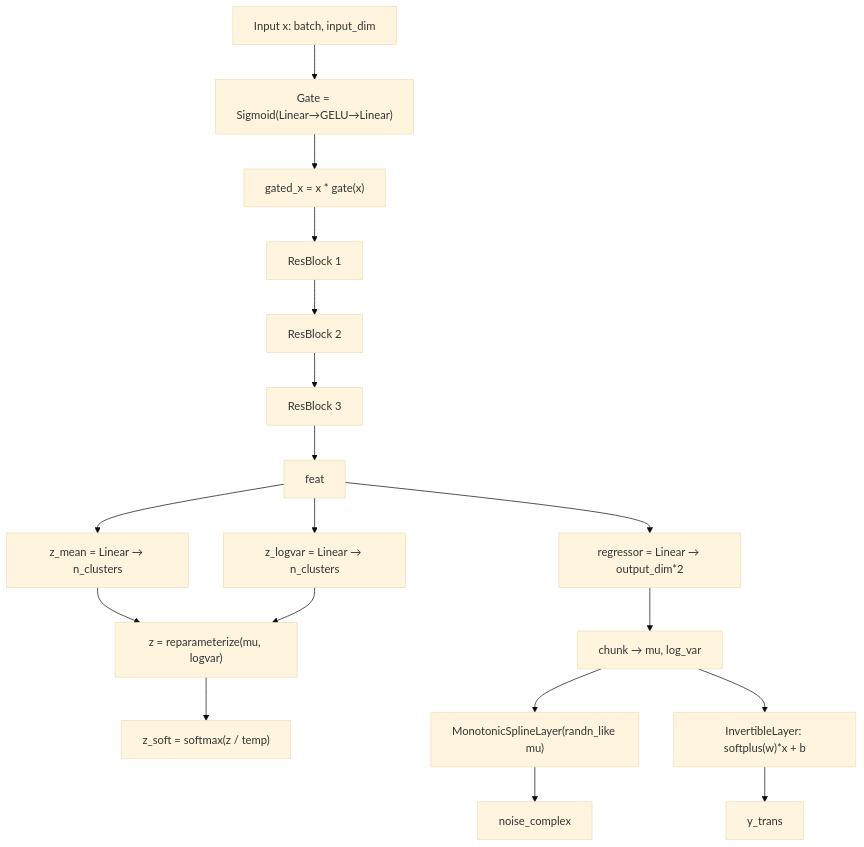
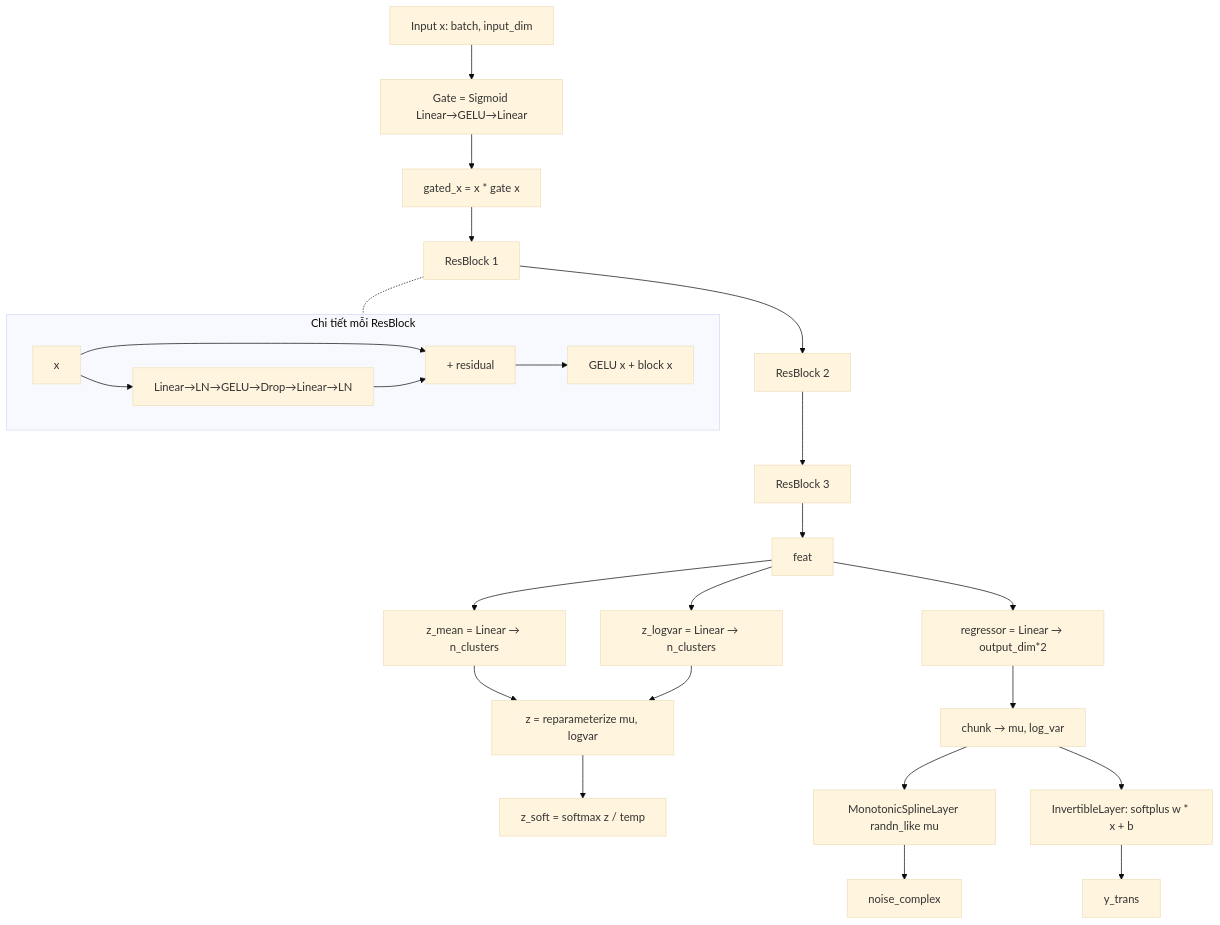
One commit to manhthai1706/CausalFlow changed the second of 9 diagrams in ARCH.md. Above: the diagram before and after it, drawn with Mermaid (base theme). The commit also changed other lines of this file, not shown here.

Commit message:
docs: merge ResBlock detail into main mlp diagram as side subgraph

````diff
--- a/ARCH.md
+++ b/ARCH.md
@@ -34,24 +34,33 @@
 ```mermaid
 graph TD
-    A["Input x: batch, input_dim"] --> B["Gate = Sigmoid(Linear→GELU→Linear)"]
-    B --> C["gated_x = x * gate(x)"]
+    A["Input x: batch, input_dim"] --> B["Gate = Sigmoid Linear→GELU→Linear"]
+    B --> C["gated_x = x * gate x"]
     C --> D[ResBlock 1]
     D --> E[ResBlock 2]
     E --> F[ResBlock 3]
     F --> G[feat]
 
+    D -.- RB
+
+    subgraph RB ["Chi tiết mỗi ResBlock"]
+        RB1["x"] --> RB2["Linear→LN→GELU→Drop→Linear→LN"]
+        RB1 --> RB3["+ residual"]
+        RB2 --> RB3
+        RB3 --> RB4["GELU x + block x"]
+    end
+
     G --> H["z_mean = Linear → n_clusters"]
     G --> I["z_logvar = Linear → n_clusters"]
-    H --> J["z = reparameterize(mu, logvar)"]
+    H --> J["z = reparameterize mu, logvar"]
     I --> J
-    J --> K["z_soft = softmax(z / temp)"]
+    J --> K["z_soft = softmax z / temp"]
 
     G --> L["regressor = Linear → output_dim*2"]
     L --> M["chunk → mu, log_var"]
 
-    M --> N["MonotonicSplineLayer(randn_like mu)"]
+    M --> N["MonotonicSplineLayer randn_like mu"]
     N --> O[noise_complex]
 
-    M --> P["InvertibleLayer: softplus(w)*x + b"]
+    M --> P["InvertibleLayer: softplus w * x + b"]
     P --> Q[y_trans]
 ```
````
